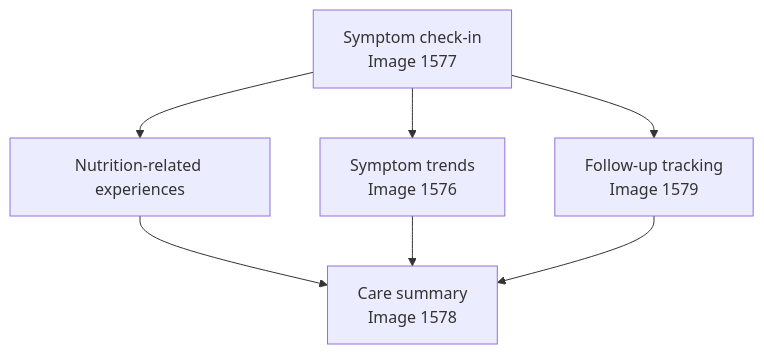
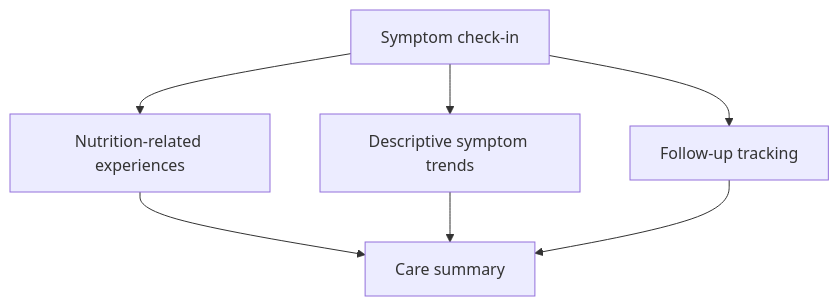
The first of 2 diagrams in README.md (ut1776/nourish-ssc), drawn with Mermaid before and after one commit. The commit also changed other lines of this file, not shown here.

````diff
--- a/README.md
+++ b/README.md
@@ -86,15 +92,9 @@
 ```mermaid
 flowchart TD
-    A["Symptom check-in<br/>Image 1577"]
-    B["Nutrition-related experiences"]
-    C["Symptom trends<br/>Image 1576"]
-    D["Follow-up tracking<br/>Image 1579"]
-    E["Care summary<br/>Image 1578"]
-
-    A --> B
-    A --> C
-    A --> D
-    B --> E
+    A["Symptom check-in"] --> B["Nutrition-related experiences"]
+    A --> C["Descriptive symptom trends"]
+    A --> D["Follow-up tracking"]
+    B --> E["Care summary"]
     C --> E
     D --> E
 ```
````
